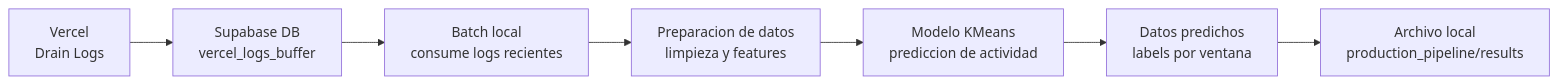
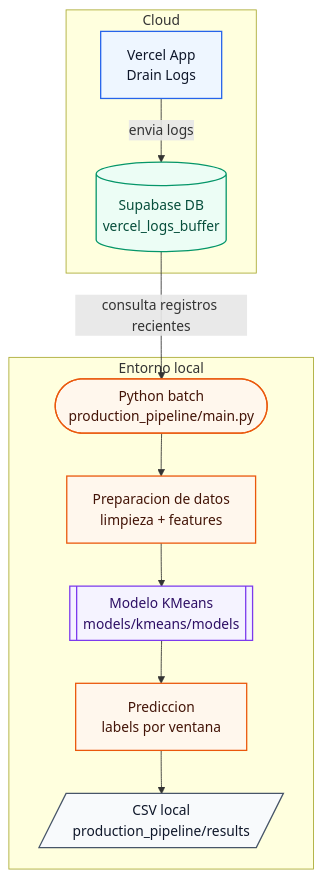
Before and after one commit to Groltjor/LogHound: the diagram in README.MD, drawn with Mermaid.

Commit message:
Update de HOME MD Correction Horizontal Ver

````diff
--- a/README.MD
+++ b/README.MD
@@ -3,9 +3,34 @@
 ```mermaid
-flowchart LR
-    A["Vercel<br/>Drain Logs"] --> B["Supabase DB<br/>vercel_logs_buffer"]
-    B --> C["Batch local<br/>consume logs recientes"]
-    C --> D["Preparacion de datos<br/>limpieza y features"]
-    D --> E["Modelo KMeans<br/>prediccion de actividad"]
-    E --> F["Datos predichos<br/>labels por ventana"]
-    F --> G["Archivo local<br/>production_pipeline/results"]
+flowchart TB
+    subgraph cloud["Cloud"]
+        vercel["Vercel App<br/>Drain Logs"]
+        supabase[("Supabase DB<br/>vercel_logs_buffer")]
+    end
+
+    subgraph local["Entorno local"]
+        batch(["Python batch<br/>production_pipeline/main.py"])
+        etl["Preparacion de datos<br/>limpieza + features"]
+        model[["Modelo KMeans<br/>models/kmeans/models"]]
+        predict["Prediccion<br/>labels por ventana"]
+        results[/"CSV local<br/>production_pipeline/results"/]
+    end
+
+    vercel -->|"envia logs"| supabase
+    supabase -->|"consulta registros recientes"| batch
+    batch --> etl
+    etl --> model
+    model --> predict
+    predict --> results
+
+    classDef source fill:#eef6ff,stroke:#2563eb,stroke-width:1.5px,color:#0f172a;
+    classDef database fill:#ecfdf5,stroke:#059669,stroke-width:1.5px,color:#064e3b;
+    classDef local fill:#fff7ed,stroke:#ea580c,stroke-width:1.5px,color:#431407;
+    classDef model fill:#f5f3ff,stroke:#7c3aed,stroke-width:1.5px,color:#2e1065;
+    classDef output fill:#f8fafc,stroke:#475569,stroke-width:1.5px,color:#0f172a;
+
+    class vercel source;
+    class supabase database;
+    class batch,etl,predict local;
+    class model model;
+    class results output;
 ```
````
